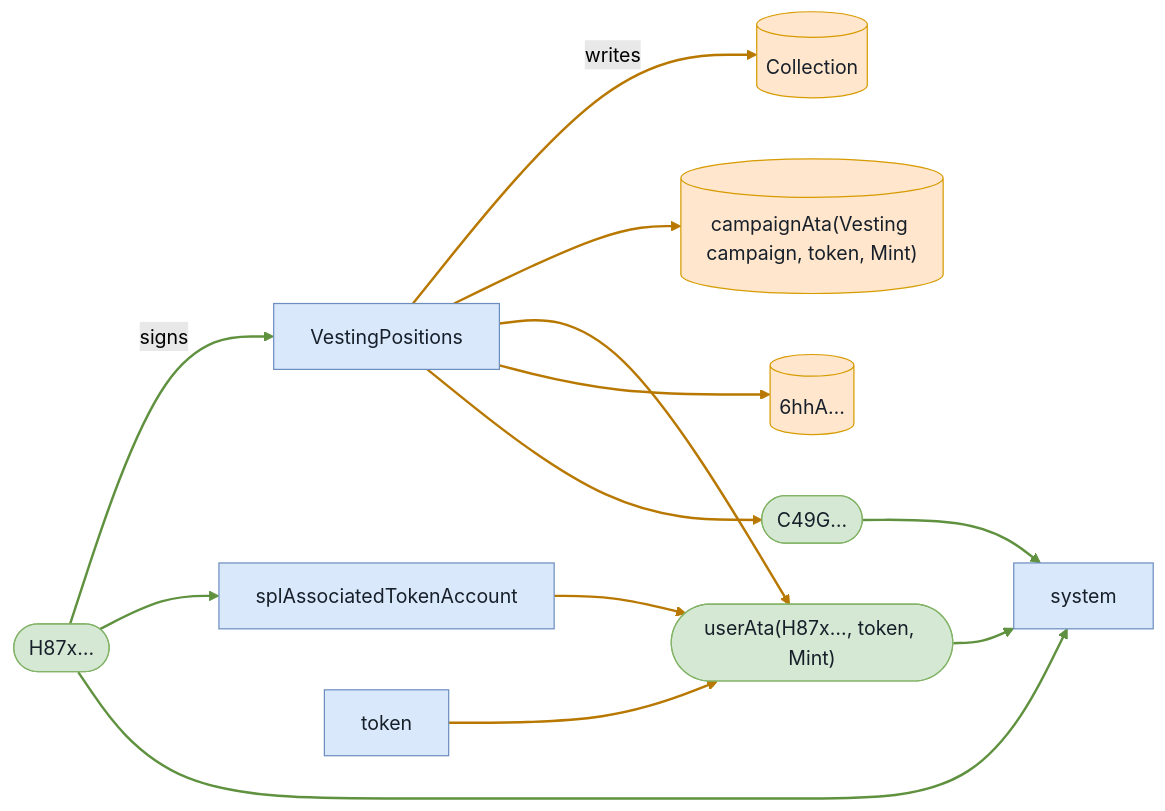
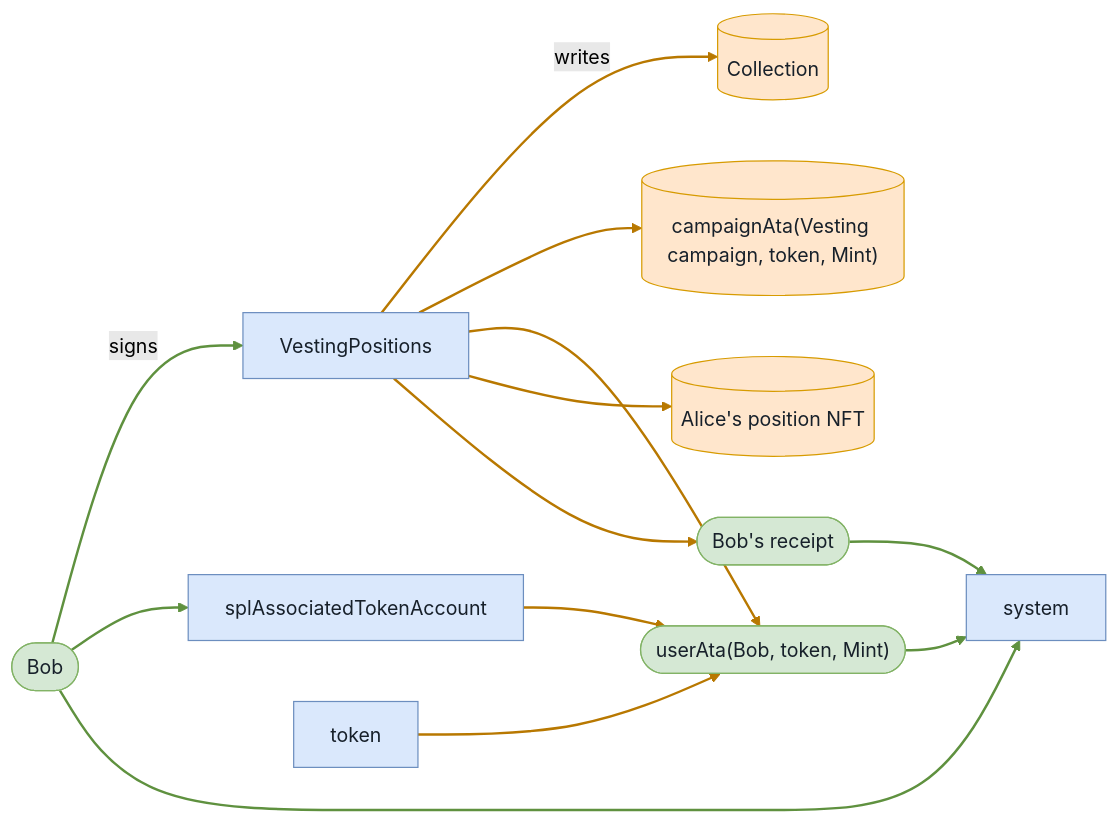
Before and after one commit to cds-turbin3/vesting-position: diagram 14 of 21 in babelfish-tests/test-report/scenario_3_buyback_alice_claims_again.md, drawn with Mermaid (forest theme). The commit also changed other lines of this file and 104 other files, not shown here.

````diff
--- a/babelfish-tests/test-report/scenario_3_buyback_alice_claims_again.md
+++ b/babelfish-tests/test-report/scenario_3_buyback_alice_claims_again.md
@@ -557,30 +558,30 @@
 ```mermaid
 flowchart LR
     VestingPositions["VestingPositions"]:::program
-    H87x(["H87x…"]):::signer
+    Bob(["Bob"]):::signer
     Collection[("Collection")]:::state
     campaignAtaVestingcampaigntokenMint[("campaignAta(Vesting campaign, token, Mint)")]:::state
-    userAtaH87xtokenMint(["userAta(H87x…, token, Mint)"]):::signer
-    n6hhA[("6hhA…")]:::state
-    C49G(["C49G…"]):::signer
+    userAtaBobtokenMint(["userAta(Bob, token, Mint)"]):::signer
+    AlicespositionNFT[("Alice's position NFT")]:::state
+    Bobsreceipt(["Bob's receipt"]):::signer
     splAssociatedTokenAccount["splAssociatedTokenAccount"]:::program
     token["token"]:::program
     system["system"]:::program
-    H87x -->|signs| VestingPositions
+    Bob -->|signs| VestingPositions
     VestingPositions -->|writes| Collection
     VestingPositions --> campaignAtaVestingcampaigntokenMint
-    VestingPositions --> userAtaH87xtokenMint
-    VestingPositions --> n6hhA
-    VestingPositions --> C49G
-    H87x --> splAssociatedTokenAccount
-    splAssociatedTokenAccount --> userAtaH87xtokenMint
-    H87x --> system
-    userAtaH87xtokenMint --> system
-    token --> userAtaH87xtokenMint
-    C49G --> system
+    VestingPositions --> userAtaBobtokenMint
+    VestingPositions --> AlicespositionNFT
+    VestingPositions --> Bobsreceipt
+    Bob --> splAssociatedTokenAccount
+    splAssociatedTokenAccount --> userAtaBobtokenMint
+    Bob --> system
+    userAtaBobtokenMint --> system
+    token --> userAtaBobtokenMint
+    Bobsreceipt --> system
     classDef program fill:#dae8fc,stroke:#6c8ebf,color:#17202a;
     classDef signer fill:#d5e8d4,stroke:#82b366,color:#17202a;
     classDef state fill:#ffe6cc,stroke:#d79b00,color:#17202a;
     linkStyle 0,6,8,9,11 stroke:#5f913f,stroke-width:2px
     linkStyle 1,2,3,4,5,7,10 stroke:#b87800,stroke-width:2px
 ```
````
